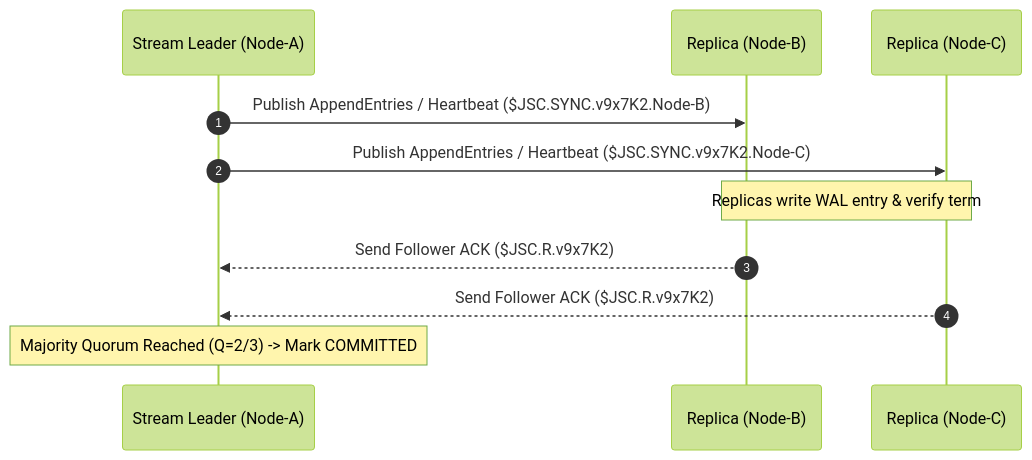
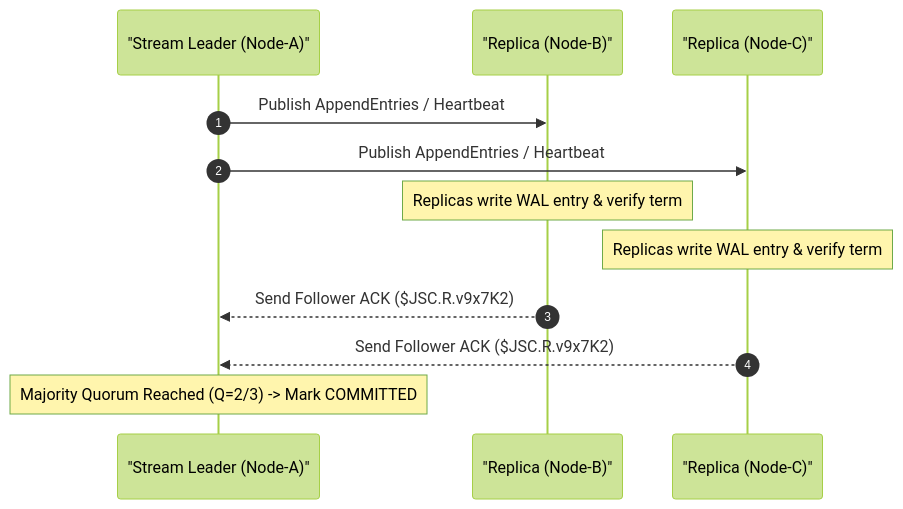
One commit to hemanthkumar2k19/nats-eval changed the first of 2 diagrams in supporting_documentation/streams/consistency/overview.md. Above: the diagram before and after it, drawn with Mermaid (forest theme). The commit also changed 5 other files, not shown here.

Commit message:
fix: correct Mermaid sequence diagram syntax and quote participant labels in documentation

````diff
--- a/supporting_documentation/streams/consistency/overview.md
+++ b/supporting_documentation/streams/consistency/overview.md
@@ -33,14 +33,15 @@
 ```mermaid
 sequenceDiagram
     autonumber
-    participant Leader as Stream Leader (Node-A)
-    participant NodeB as Replica (Node-B)
-    participant NodeC as Replica (Node-C)
+    participant Leader as "Stream Leader (Node-A)"
+    participant NodeB as "Replica (Node-B)"
+    participant NodeC as "Replica (Node-C)"
 
-    Leader->>NodeB: Publish AppendEntries / Heartbeat ($JSC.SYNC.v9x7K2.Node-B)
-    Leader->>NodeC: Publish AppendEntries / Heartbeat ($JSC.SYNC.v9x7K2.Node-C)
-    Note over NodeB,NodeC: Replicas write WAL entry & verify term
+    Leader->>NodeB: Publish AppendEntries / Heartbeat
+    Leader->>NodeC: Publish AppendEntries / Heartbeat
+    Note over NodeB: Replicas write WAL entry & verify term
+    Note over NodeC: Replicas write WAL entry & verify term
     NodeB-->>Leader: Send Follower ACK ($JSC.R.v9x7K2)
     NodeC-->>Leader: Send Follower ACK ($JSC.R.v9x7K2)
     Note over Leader: Majority Quorum Reached (Q=2/3) -> Mark COMMITTED
 ```
````
